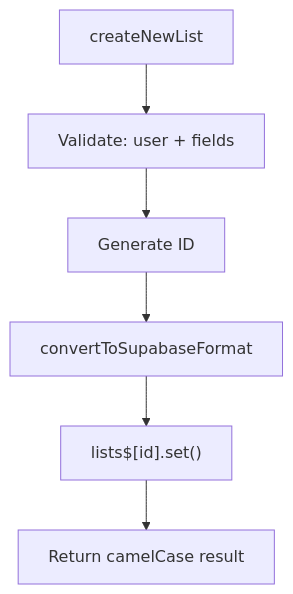
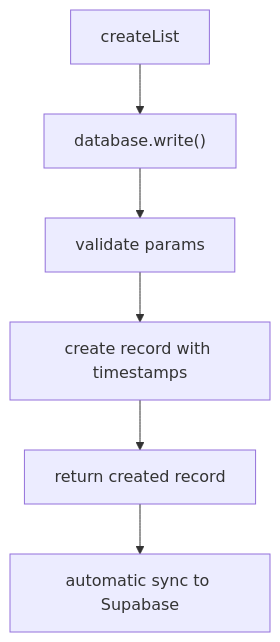
The eighth of 11 diagrams in .qoder/repowiki/en/content/State Management Architecture/State Management Architecture.md (karllasouzza/PowerLists), drawn with Mermaid before and after one commit. The commit also changed other lines of this file and 5 other files, not shown here.

````diff
--- a/.qoder/repowiki/en/content/State Management Architecture/State Management Architecture.md
+++ b/.qoder/repowiki/en/content/State Management Architecture/State Management Architecture.md
@@ -354,8 +366,8 @@
 ```mermaid
 flowchart TD
-A["createNewList"] --> V["Validate: user + fields"]
-V --> G["Generate ID"]
-G --> C["convertToSupabaseFormat"]
-C --> S["lists$[id].set()"]
-S --> R["Return camelCase result"]
+A["createList"] --> B["database.write()"]
+B --> C["validate params"]
+C --> D["create record with timestamps"]
+D --> E["return created record"]
+E --> F["automatic sync to Supabase"]
 ```
````
